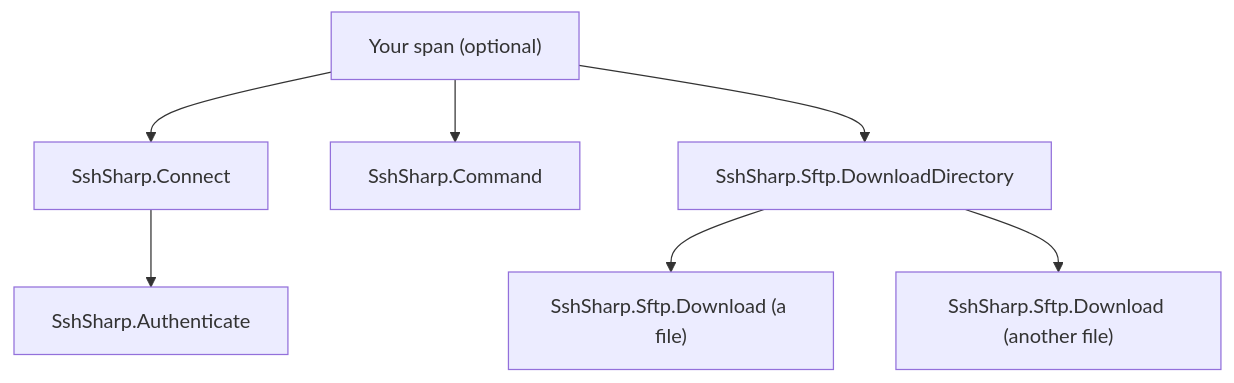
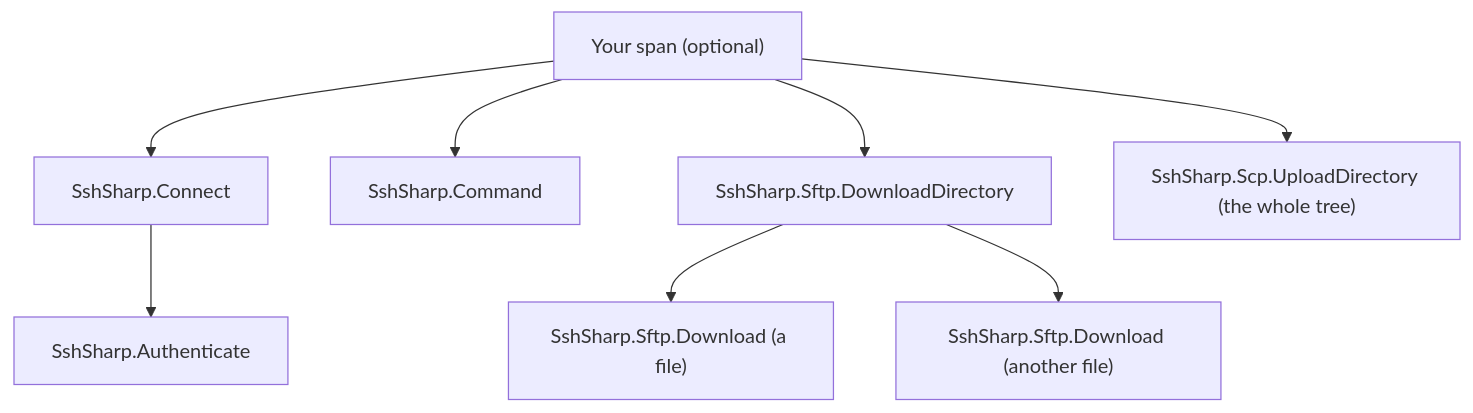
One commit to zcsizmadia/SshSharp changed the diagram in docs/diagnostics.md. Above: the diagram before and after it, drawn with Mermaid. The commit also changed other lines of this file and 10 other files, not shown here.

````diff
--- a/docs/diagnostics.md
+++ b/docs/diagnostics.md
@@ -106,9 +110,10 @@
 ```mermaid
 flowchart TD
     app["Your span (optional)"] --> connect["SshSharp.Connect"]
     connect --> auth["SshSharp.Authenticate"]
     app --> command["SshSharp.Command"]
     app --> tree["SshSharp.Sftp.DownloadDirectory"]
     tree --> file1["SshSharp.Sftp.Download (a file)"]
     tree --> file2["SshSharp.Sftp.Download (another file)"]
+    app --> scp["SshSharp.Scp.UploadDirectory (the whole tree)"]
 ```
````
